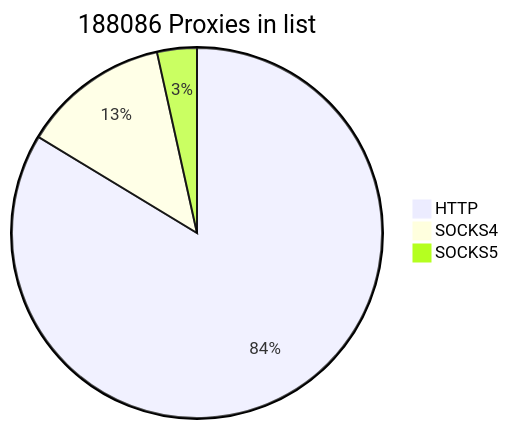
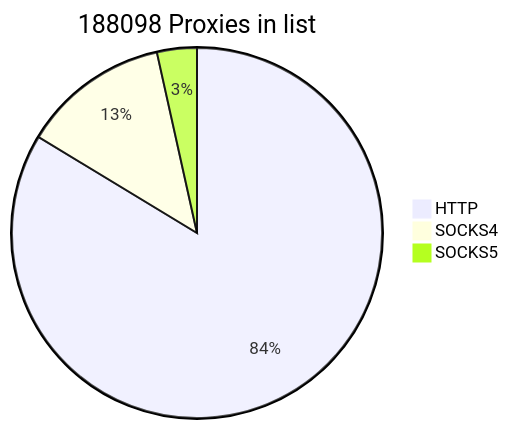
Before and after one commit to cutipu/proxylist: the first of 2 diagrams in README.md, drawn with Mermaid. The commit also changed other lines of this file, not shown here.

````diff
--- a/README.md
+++ b/README.md
@@ -2,7 +2,7 @@
 ```mermaid
-pie title 188086 Proxies in list
-    "HTTP" : 157373
-    "SOCKS4" : 24187
-    "SOCKS5" : 6526
+pie title 188098 Proxies in list
+    "HTTP" : 157374
+    "SOCKS4" : 24180
+    "SOCKS5" : 6544
             
 ```
````
